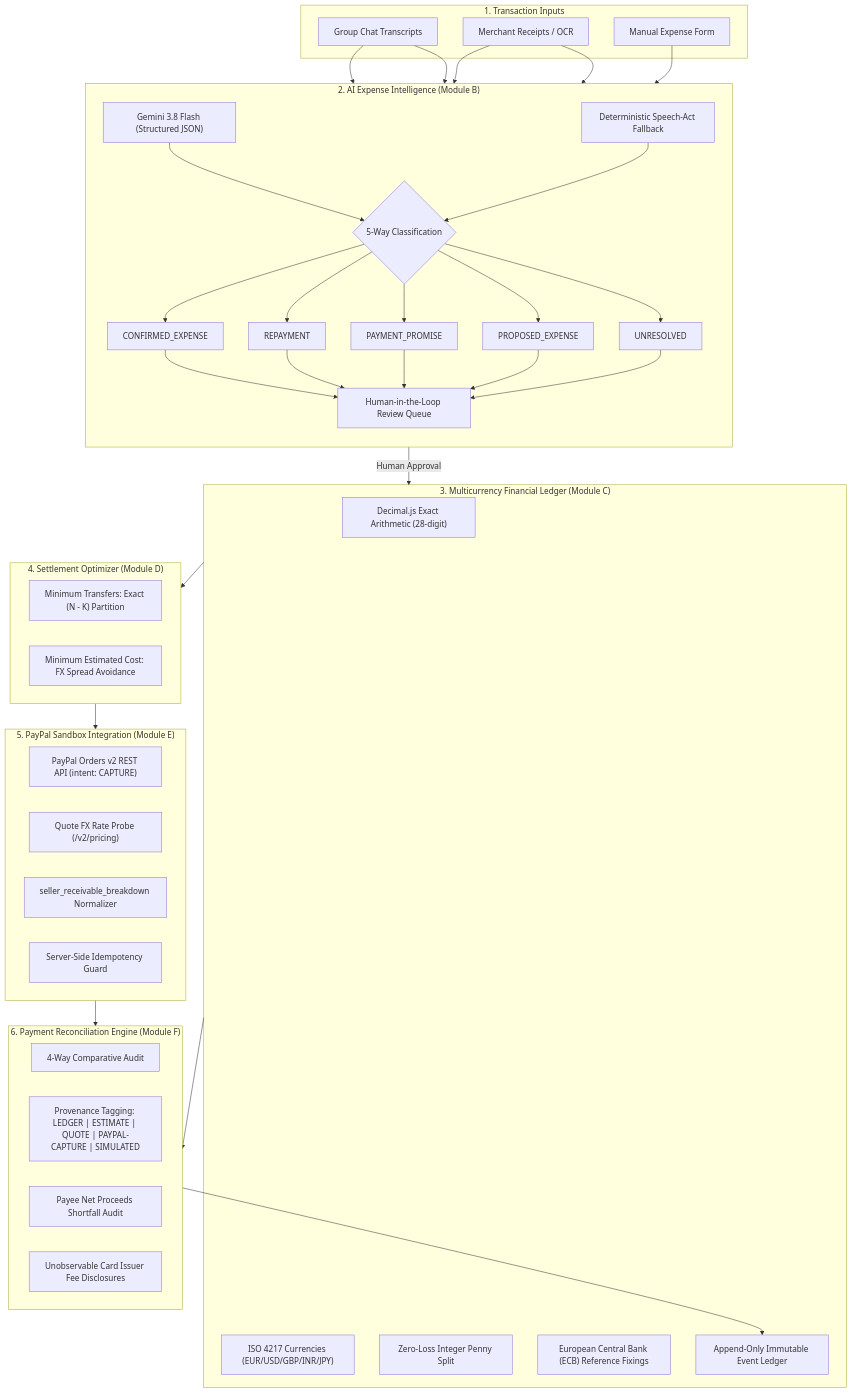
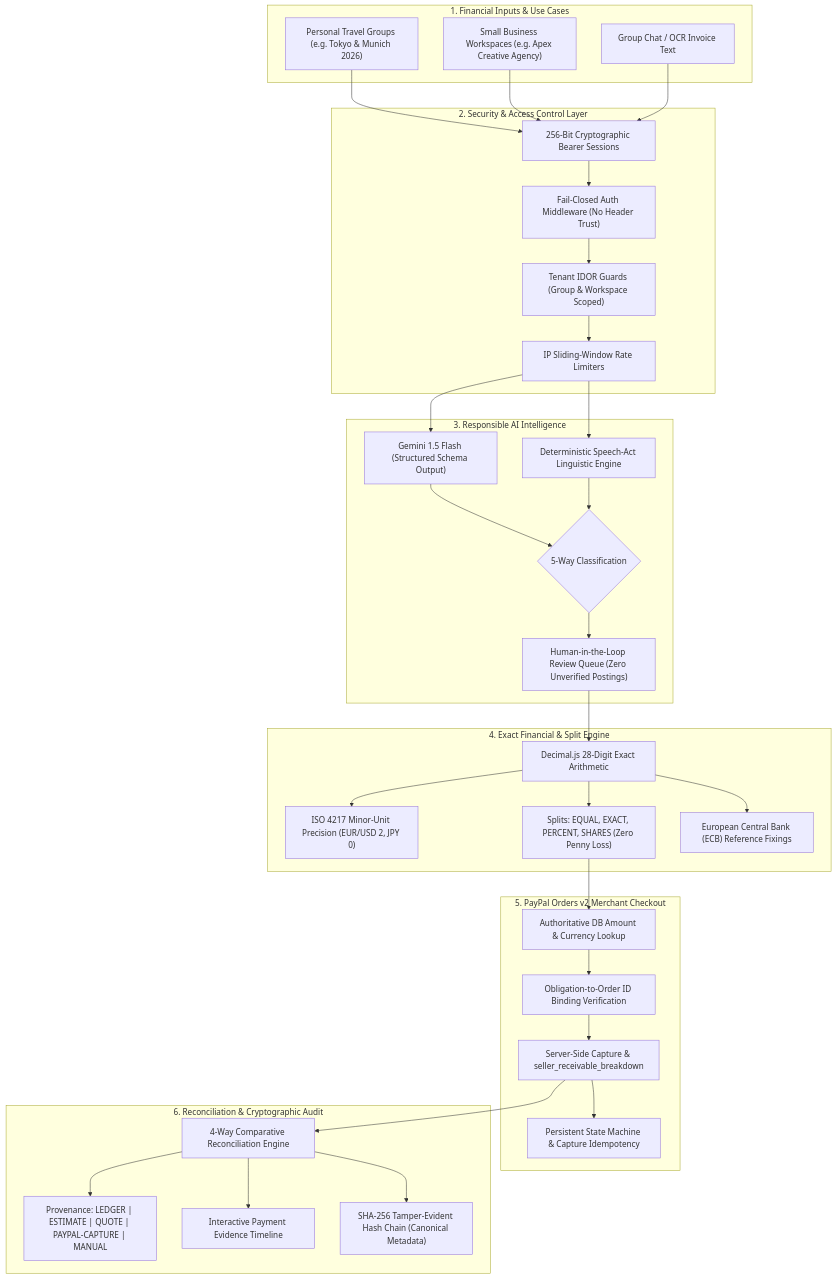
The diagram in README.md (saileshmv05/Paypal-hackathon), drawn with Mermaid before and after one commit. The commit also changed other lines of this file and 4 other files, not shown here.

Commit message:
feat: scope personal & workspace reconciliations, connect b2b payment timeline, and update comprehensive documentation

````diff
--- a/README.md
+++ b/README.md
@@ -46,63 +52,54 @@
 ```mermaid
 flowchart TD
-    subgraph Inputs ["1. Transaction Inputs"]
-        Chat["Group Chat Transcripts"]
-        Receipt["Merchant Receipts / OCR"]
-        DirectEntry["Manual Expense Form"]
+    subgraph Inputs ["1. Financial Inputs & Use Cases"]
+        PersonalTravel["Personal Travel Groups (e.g. Tokyo & Munich 2026)"]
+        BusinessInvoices["Small Business Workspaces (e.g. Apex Creative Agency)"]
+        Chat["Group Chat / OCR Invoice Text"]
     end
 
-    subgraph AI ["2. AI Expense Intelligence (Module B)"]
-        direction TB
-        Gemini["Gemini 3.8 Flash (Structured JSON)"]
-        Fallback["Deterministic Speech-Act Fallback"]
-        Classifier{"5-Way Classification"}
-        Class1["CONFIRMED_EXPENSE"]
-        Class2["REPAYMENT"]
-        Class3["PAYMENT_PROMISE"]
-        Class4["PROPOSED_EXPENSE"]
-        Class5["UNRESOLVED"]
-        ReviewQueue["Human-in-the-Loop Review Queue"]
+    subgraph Security ["2. Security & Access Control Layer"]
+        BearerToken["256-Bit Cryptographic Bearer Sessions"]
+        FailClosed["Fail-Closed Auth Middleware (No Header Trust)"]
+        IDORGuard["Tenant IDOR Guards (Group & Workspace Scoped)"]
+        RateLimiter["IP Sliding-Window Rate Limiters"]
     end
 
-    subgraph Ledger ["3. Multicurrency Financial Ledger (Module C)"]
-        DecimalMath["Decimal.js Exact Arithmetic (28-digit)"]
-        ISO4217["ISO 4217 Currencies (EUR/USD/GBP/INR/JPY)"]
-        PennyDist["Zero-Loss Integer Penny Split"]
-        ECBRates["European Central Bank (ECB) Reference Fixings"]
-        AuditTrail["Append-Only Immutable Event Ledger"]
+    subgraph AI ["3. Responsible AI Intelligence"]
+        Gemini["Gemini 1.5 Flash (Structured Schema Output)"]
+        Fallback["Deterministic Speech-Act Linguistic Engine"]
+        Classifier{"5-Way Classification"}
+        HITL["Human-in-the-Loop Review Queue (Zero Unverified Postings)"]
     end
 
-    subgraph Optimizer ["4. Settlement Optimizer (Module D)"]
-        NminusK["Minimum Transfers: Exact (N - K) Partition"]
-        CostAware["Minimum Estimated Cost: FX Spread Avoidance"]
+    subgraph Financial ["4. Exact Financial & Split Engine"]
+        DecimalMath["Decimal.js 28-Digit Exact Arithmetic"]
+        MinorUnits["ISO 4217 Minor-Unit Precision (EUR/USD 2, JPY 0)"]
+        Splits["Splits: EQUAL, EXACT, PERCENT, SHARES (Zero Penny Loss)"]
+        ECBFixings["European Central Bank (ECB) Reference Fixings"]
     end
 
-    subgraph Payment ["5. PayPal Sandbox Integration (Module E)"]
-        OrdersV2["PayPal Orders v2 REST API (intent: CAPTURE)"]
-        QuoteProbe["Quote FX Rate Probe (/v2/pricing)"]
-        CaptureNormalizer["seller_receivable_breakdown Normalizer"]
-        Idempotency["Server-Side Idempotency Guard"]
+    subgraph PayPal ["5. PayPal Orders v2 Merchant Checkout"]
+        DBLookup["Authoritative DB Amount & Currency Lookup"]
+        Binding["Obligation-to-Order ID Binding Verification"]
+        Capture["Server-Side Capture & seller_receivable_breakdown"]
+        Idempotency["Persistent State Machine & Capture Idempotency"]
     end
 
-    subgraph Recon ["6. Payment Reconciliation Engine (Module F)"]
-        FourWay["4-Way Comparative Audit"]
-        ProvBadges["Provenance Tagging: LEDGER | ESTIMATE | QUOTE | PAYPAL-CAPTURE | SIMULATED"]
-        Shortfall["Payee Net Proceeds Shortfall Audit"]
-        Unobservable["Unobservable Card Issuer Fee Disclosures"]
+    subgraph AuditRecon ["6. Reconciliation & Cryptographic Audit"]
+        ReconEngine["4-Way Comparative Reconciliation Engine"]
+        ProvBadges["Provenance: LEDGER | ESTIMATE | QUOTE | PAYPAL-CAPTURE | MANUAL"]
+        EvidenceTimeline["Interactive Payment Evidence Timeline"]
+        AuditChain["SHA-256 Tamper-Evident Hash Chain (Canonical Metadata)"]
     end
 
-    Chat --> Gemini & Fallback
-    Receipt --> Gemini & Fallback
-    DirectEntry --> ReviewQueue
-    Gemini --> Classifier
-    Fallback --> Classifier
-    Classifier --> Class1 & Class2 & Class3 & Class4 & Class5
-    Class1 & Class2 & Class3 & Class4 & Class5 --> ReviewQueue
-    ReviewQueue -->|Human Approval| Ledger
-
-    Ledger --> Optimizer
-    Optimizer --> Payment
-    Payment --> Recon
-    Ledger --> Recon
-    Recon --> AuditTrail
+    PersonalTravel & BusinessInvoices & Chat --> BearerToken
+    BearerToken --> FailClosed --> IDORGuard --> RateLimiter
+    RateLimiter --> Gemini & Fallback
+    Gemini & Fallback --> Classifier --> HITL
+    HITL --> DecimalMath
+    DecimalMath --> Splits & MinorUnits & ECBFixings
+    Splits --> DBLookup --> Binding --> Capture --> Idempotency
+    Capture --> ReconEngine
+    ReconEngine --> ProvBadges & EvidenceTimeline
+    ReconEngine --> AuditChain
 ```
````
